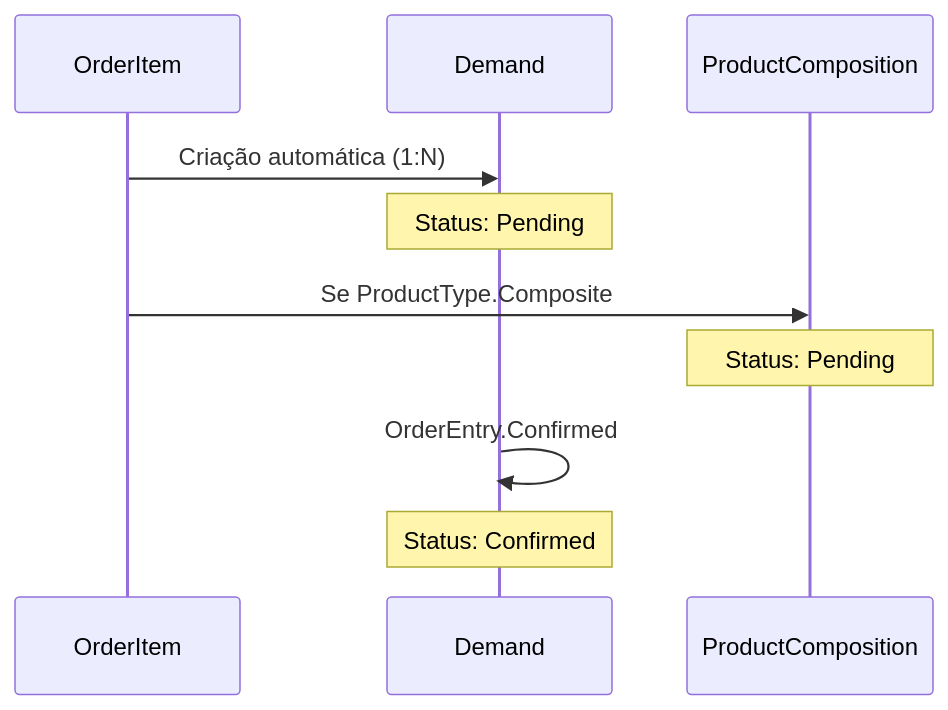
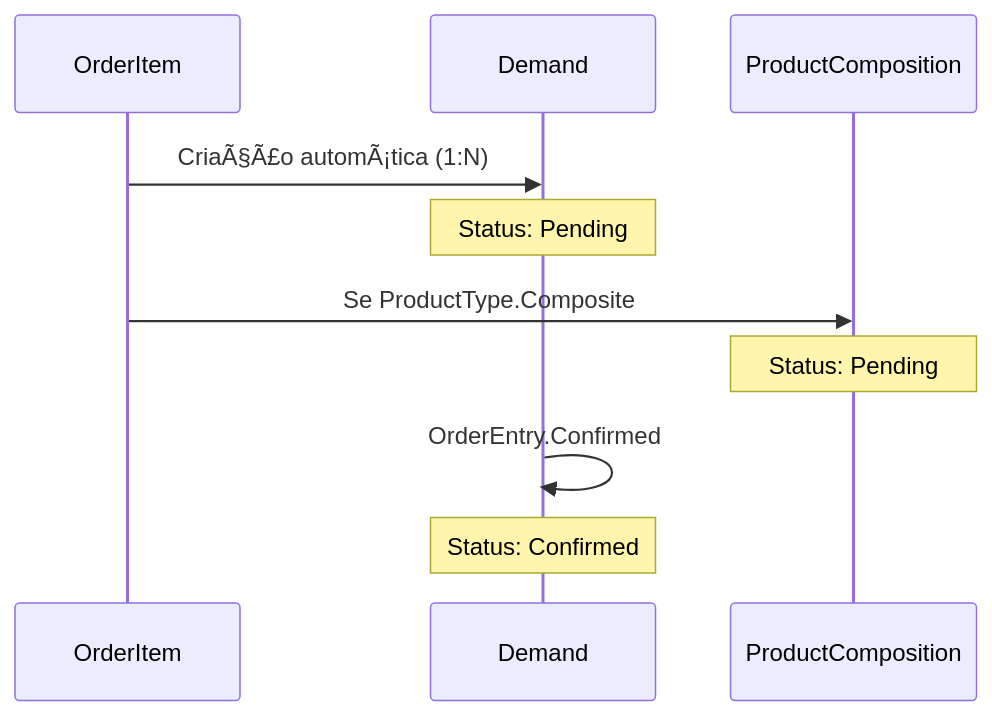
Before and after one commit to igor-spalenza/GesN: the fourth of 7 diagrams in GesN.Web/Context/DOMAIN CONTEXTS/DOMAIN_GUIDE.md, drawn with Mermaid. The commit also changed other lines of this file and 93 other files, not shown here.

````diff
--- a/GesN.Web/Context/DOMAIN CONTEXTS/DOMAIN_GUIDE.md
+++ b/GesN.Web/Context/DOMAIN CONTEXTS/DOMAIN_GUIDE.md
@@ -1218,15 +1218,15 @@
 ```mermaid
 sequenceDiagram
     participant OI as OrderItem
     participant D as Demand
     participant PC as ProductComposition
     
-    OI->>D: Criação automática (1:N)
+    OI->>D: CriaÃ§Ã£o automÃ¡tica (1:N)
     Note over D: Status: Pending
     
     OI->>PC: Se ProductType.Composite
     Note over PC: Status: Pending
     
     D->>D: OrderEntry.Confirmed
     Note over D: Status: Confirmed
 ```
````
